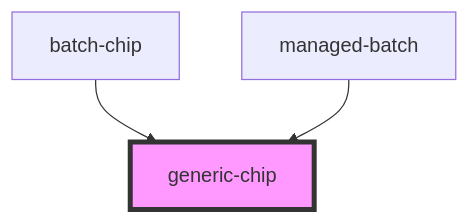
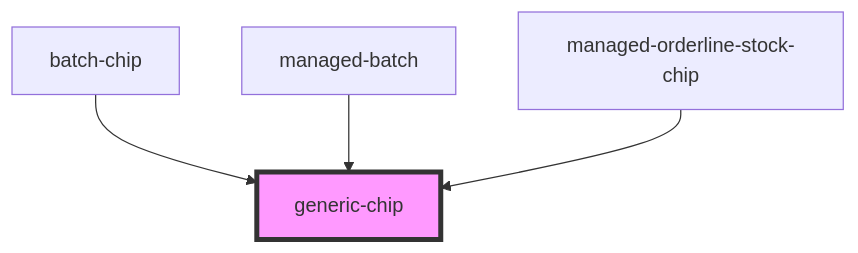
One commit to PharmaLedger-IMI/fgt-workspace changed the diagram in pdm-web-components/src/components/generic-chip/readme.md. Above: the diagram before and after it, drawn with Mermaid. The commit also changed other lines of this file and 55 other files, not shown here.

````diff
--- a/pdm-web-components/src/components/generic-chip/readme.md
+++ b/pdm-web-components/src/components/generic-chip/readme.md
@@ -35,6 +35,7 @@
 ```mermaid
 graph TD;
   batch-chip --> generic-chip
   managed-batch --> generic-chip
+  managed-orderline-stock-chip --> generic-chip
   style generic-chip fill:#f9f,stroke:#333,stroke-width:4px
 ```
````
